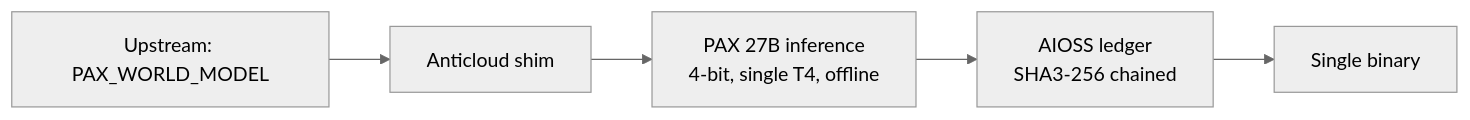
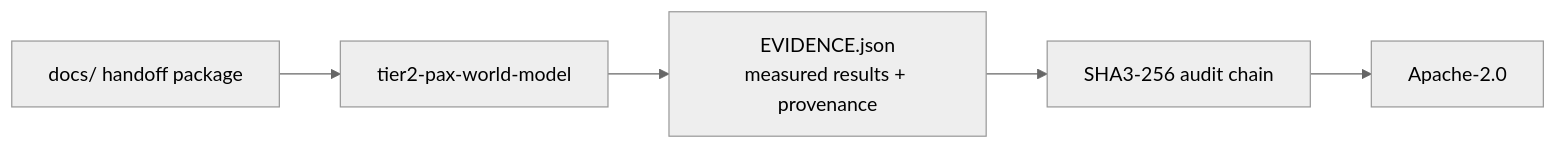
The diagram in README.md (the-anticloud/tier2-pax-world-model), drawn with Mermaid (neutral theme) before and after one commit. The commit also changed other lines of this file and 10 other files, not shown here.

````diff
--- a/README.md
+++ b/README.md
@@ -11,7 +22,7 @@
 ```mermaid
 graph LR
-    U[Upstream: PAX_WORLD_MODEL] --> S[Anticloud shim]
-    S --> P[PAX 27B inference<br/>4-bit, single T4, offline]
-    P --> A[AIOSS ledger<br/>SHA3-256 chained]
-    A --> B[Single binary]
+    D[docs/ handoff package] --> R[tier2-pax-world-model]
+    R --> E[EVIDENCE.json\nmeasured results + provenance]
+    E --> A[SHA3-256 audit chain]
+    A --> L[Apache-2.0]
 ```
````
